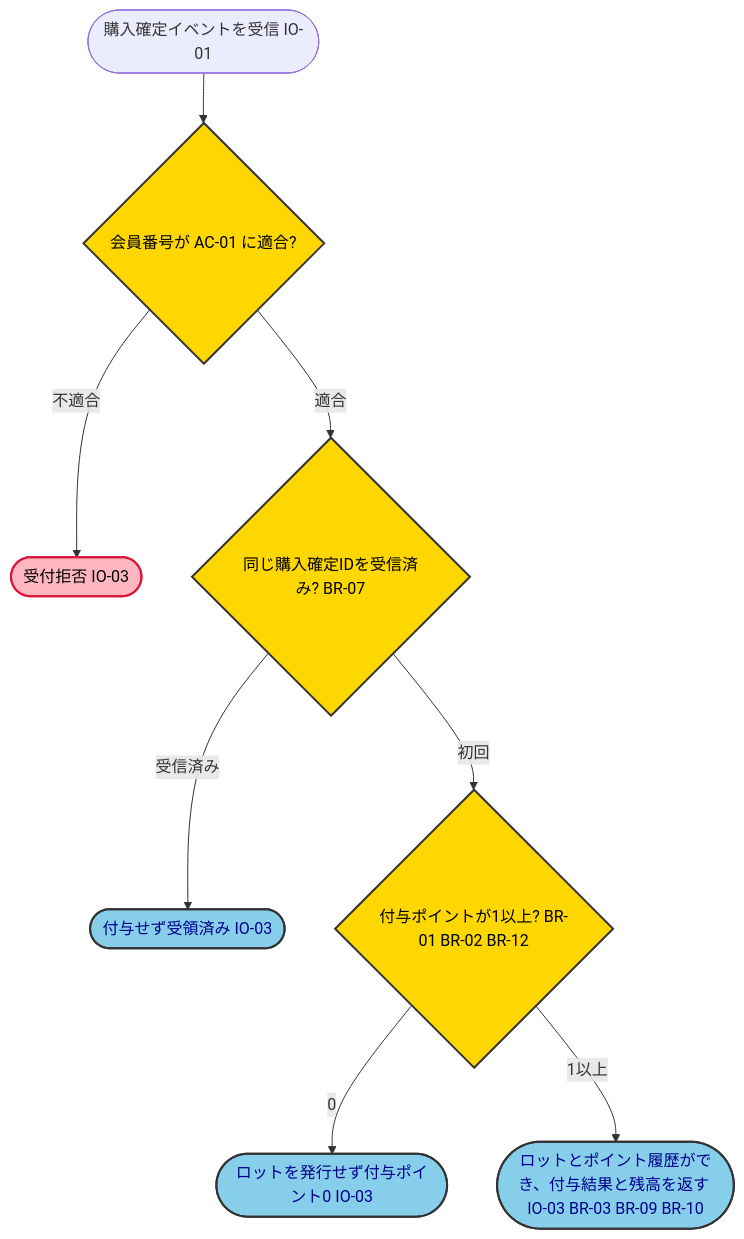
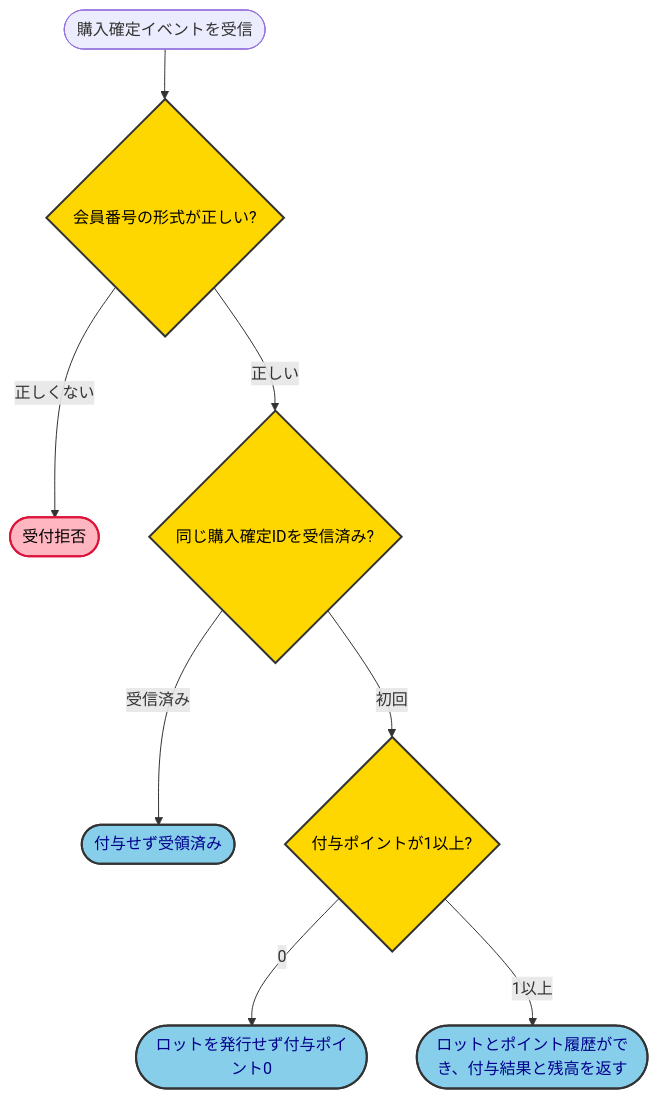
Before and after one commit to kasiopeiya/claude-dev-template: the third of 9 diagrams in samples/docs/requirements-detail.md, drawn with Mermaid. The commit also changed other lines of this file, not shown here.

First line of the commit message:
docs: 手本のアクティビティ図から BR・AC・IO の ID を外す (#1977)

````diff
--- a/samples/docs/requirements-detail.md
+++ b/samples/docs/requirements-detail.md
@@ -596,17 +596,17 @@
 ```mermaid
 flowchart TD
-    start(["購入確定イベントを受信 IO-01"]) --> valid{"会員番号が AC-01 に適合?"}
-    valid -->|不適合| reject(["受付拒否 IO-03"])
-    valid -->|適合| dup{"同じ購入確定IDを受信済み? BR-07"}
-    dup -->|受信済み| ack(["付与せず受領済み IO-03"])
-    dup -->|初回| zero{"付与ポイントが1以上? BR-01 BR-02 BR-12"}
-    zero -->|0| none(["ロットを発行せず付与ポイント0 IO-03"])
-    zero -->|1以上| granted(["ロットとポイント履歴ができ、付与結果と残高を返す IO-03 BR-03 BR-09 BR-10"])
+    start(["購入確定イベントを受信"]) --> valid{"会員番号の形式が正しい?"}
+    valid -->|正しくない| reject(["受付拒否"])
+    valid -->|正しい| dup{"同じ購入確定IDを受信済み?"}
+    dup -->|受信済み| ack(["付与せず受領済み"])
+    dup -->|初回| zero{"付与ポイントが1以上?"}
+    zero -->|0| none(["ロットを発行せず付与ポイント0"])
+    zero -->|1以上| granted(["ロットとポイント履歴ができ、付与結果と残高を返す"])
 
     classDef decision fill:#FFD700,stroke:#333,stroke-width:2px,color:black
     classDef result fill:#87CEEB,stroke:#333,stroke-width:2px,color:darkblue
     classDef error fill:#FFB6C1,stroke:#DC143C,stroke-width:2px,color:black
     class valid,dup,zero decision
     class ack,none,granted result
     class reject error
 ```
````
